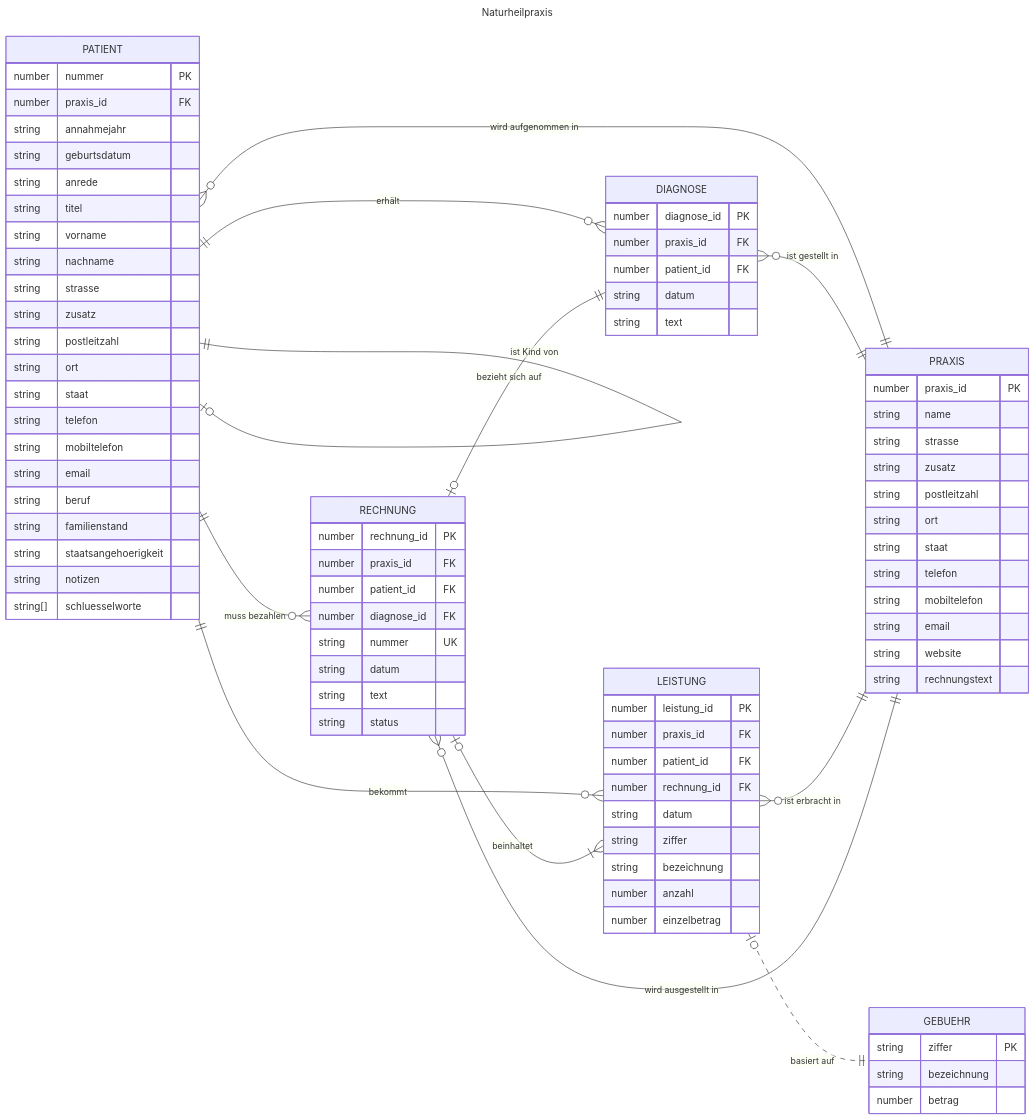
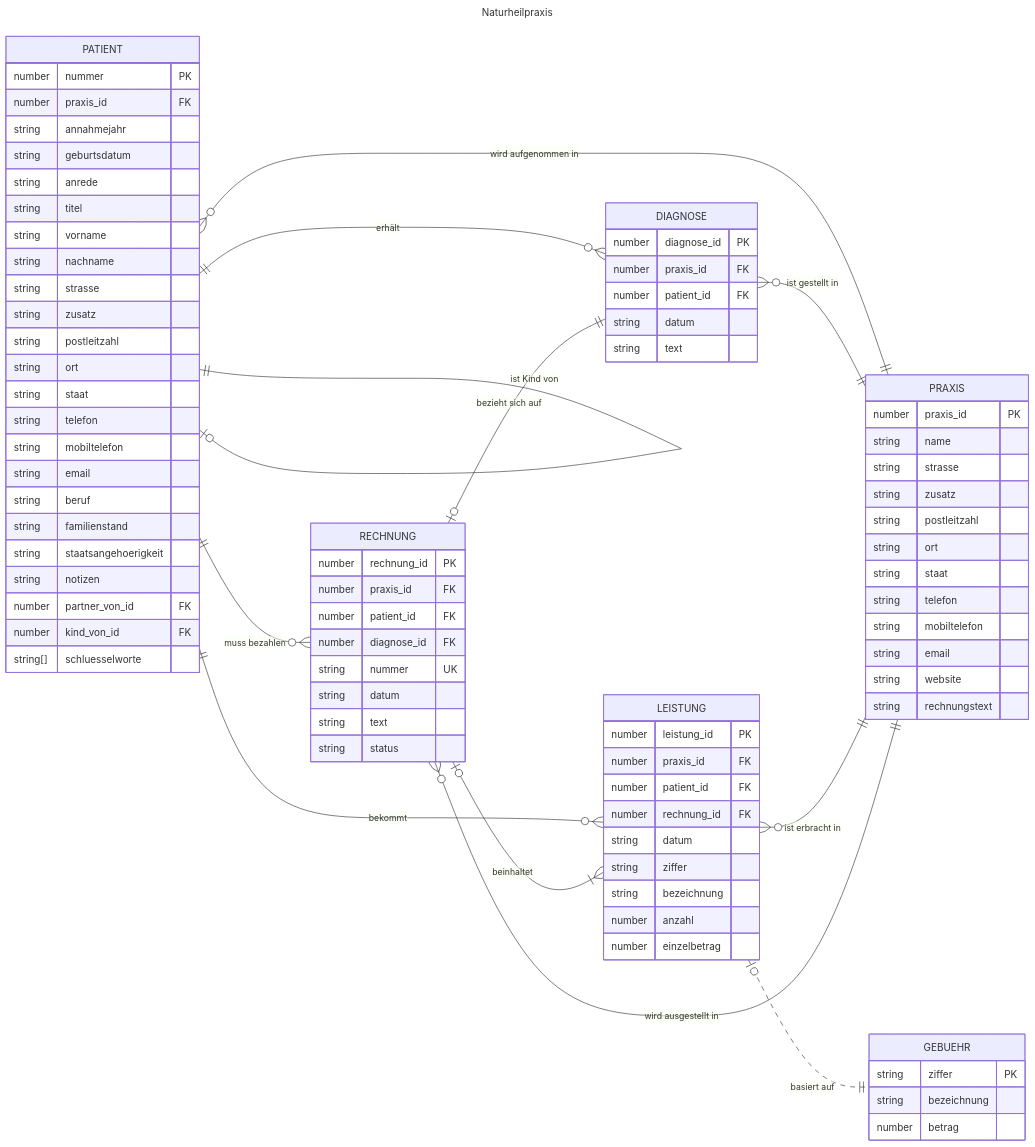
The diagram in docs/naturheilpraxis.mmd (falkoschumann/naturheilpraxis), drawn with Mermaid before and after one commit.

Commit message:
docs: add foreign keys

```diff
--- a/docs/naturheilpraxis.mmd
+++ b/docs/naturheilpraxis.mmd
@@ -1,89 +1,91 @@
 ---
 title: Naturheilpraxis
 ---
 erDiagram
     direction LR
 
     PATIENT }o--|| PRAXIS : "wird aufgenommen in"
     PATIENT ||--o| PATIENT : "ist Partner von"
     PATIENT ||--o| PATIENT : "ist Kind von"
     PATIENT ||--o{ DIAGNOSE : "erhält"
     DIAGNOSE }o--|| PRAXIS : "ist gestellt in"
     PATIENT ||--o{ LEISTUNG : "bekommt"
     LEISTUNG }o--|| PRAXIS : "ist erbracht in"
     LEISTUNG |o..|| GEBUEHR : "basiert auf"
     PATIENT ||--o{ RECHNUNG : "muss bezahlen"
     RECHNUNG |o--|| DIAGNOSE : "bezieht sich auf"
     RECHNUNG |o--|{ LEISTUNG : "beinhaltet"
     RECHNUNG }o--|| PRAXIS : "wird ausgestellt in"
 
     PRAXIS {
         number praxis_id PK
         string name
         string strasse
         string zusatz
         string postleitzahl
         string ort
         string staat
         string telefon
         string mobiltelefon
         string email
         string website
         string rechnungstext
     }
     GEBUEHR {
         string ziffer PK
         string bezeichnung
         number betrag
     }
     PATIENT {
         number nummer PK
         number praxis_id FK
         string annahmejahr
         string geburtsdatum
         string anrede
         string titel
         string vorname
         string nachname
         string strasse
         string zusatz
         string postleitzahl
         string ort
         string staat
         string telefon
         string mobiltelefon
         string email
         string beruf
         string familienstand
         string staatsangehoerigkeit
         string notizen
+        number partner_von_id FK
+        number kind_von_id FK
         string[] schluesselworte
     }
     DIAGNOSE {
         number diagnose_id PK
         number praxis_id FK
         number patient_id FK
         string datum
         string text
     }
     LEISTUNG {
         number leistung_id PK
         number praxis_id FK
         number patient_id FK
         number rechnung_id FK
         string datum
         string ziffer
         string bezeichnung
         number anzahl
         number einzelbetrag
     }
     RECHNUNG {
         number rechnung_id PK
         number praxis_id FK
         number patient_id FK
         number diagnose_id FK
         string nummer UK
         string datum
         string text
         string status
     }
```
